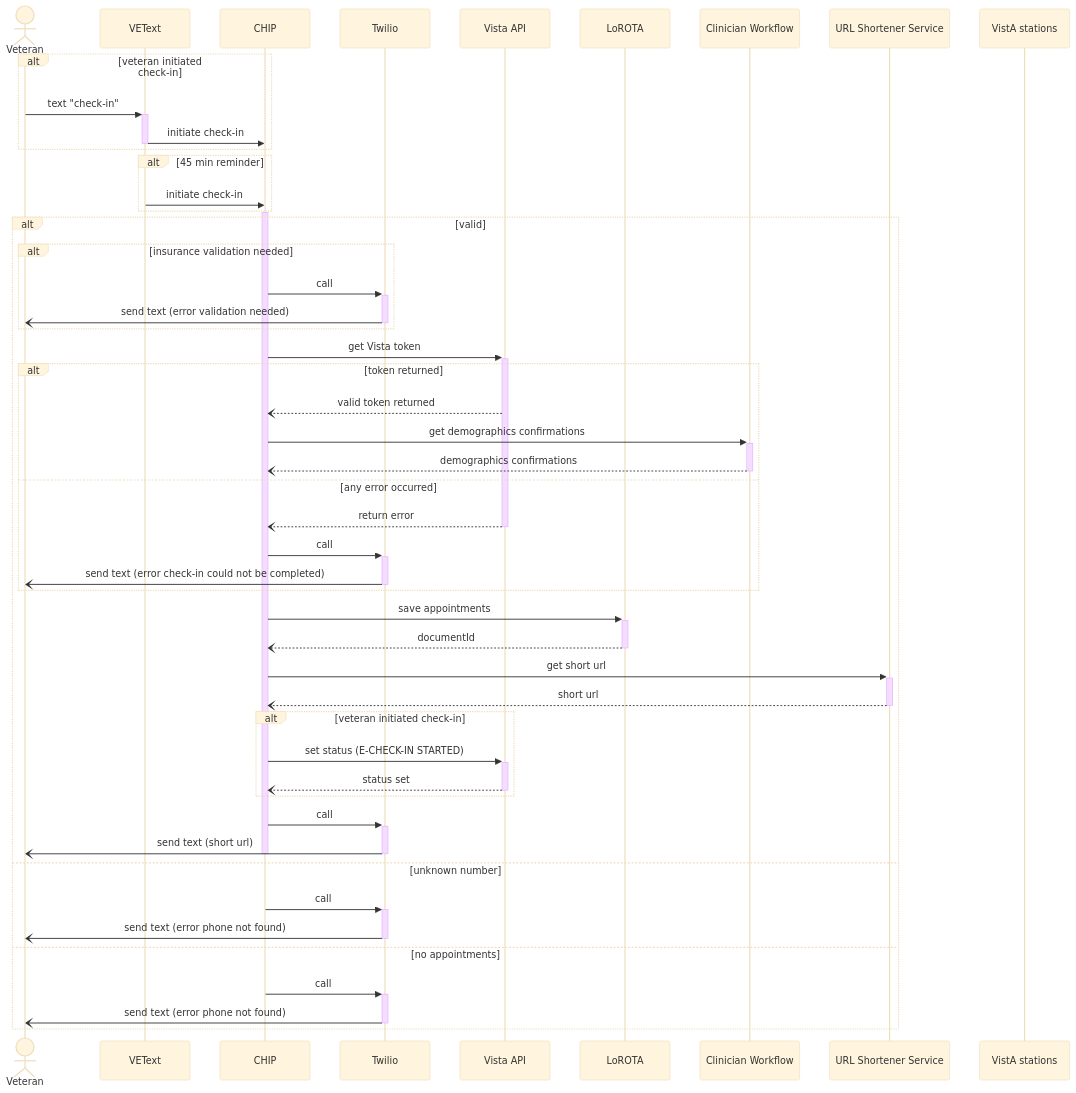
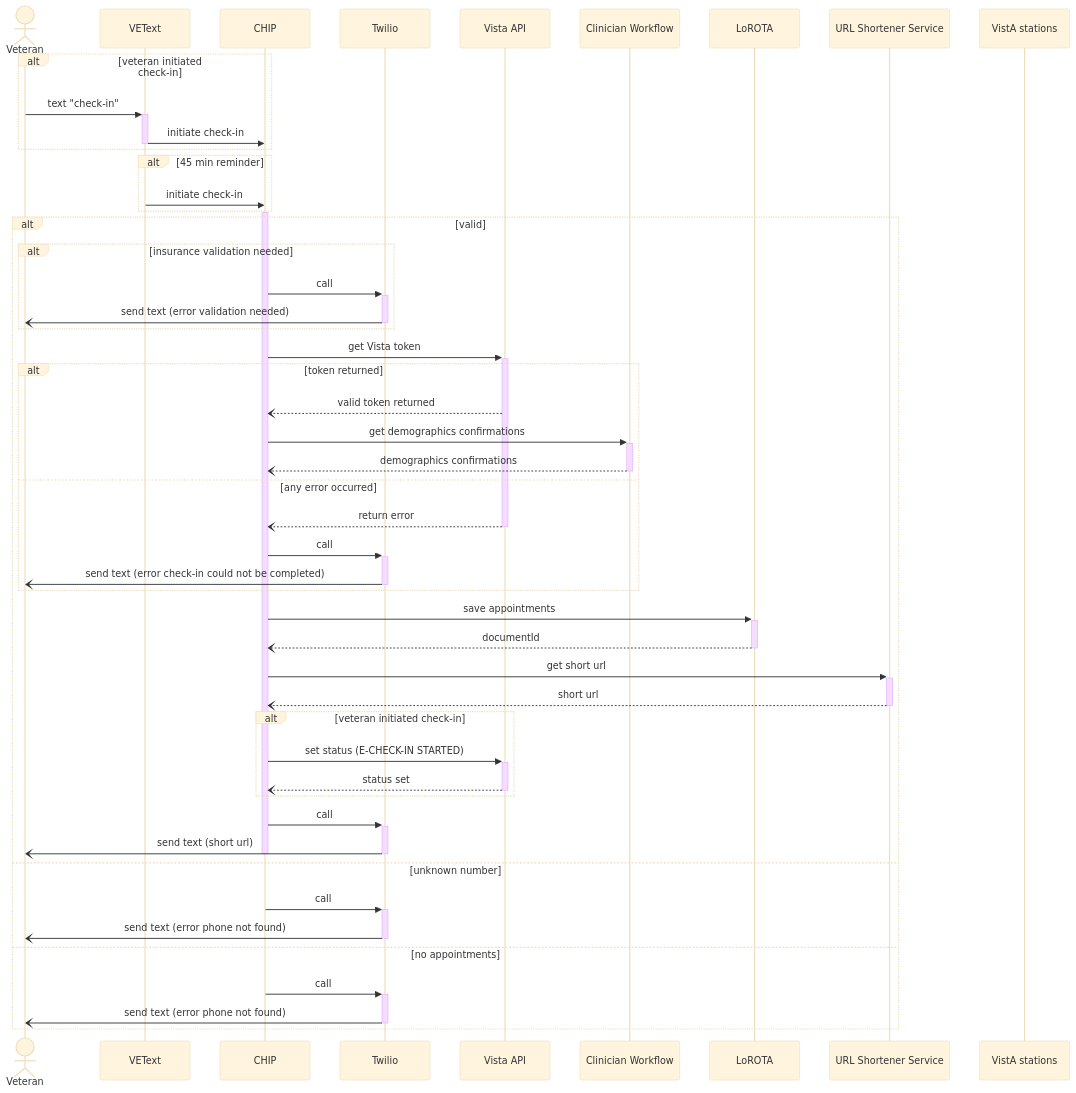
Before and after one commit to department-of-veterans-affairs/va.gov-team: the first of 4 diagrams in products/health-care/checkin/engineering/architecture-diagrams/sequenceDiagram_checkInExp.md, drawn with Mermaid (base theme). The commit also changed other lines of this file, not shown here.

````diff
--- a/products/health-care/checkin/engineering/architecture-diagrams/sequenceDiagram_checkInExp.md
+++ b/products/health-care/checkin/engineering/architecture-diagrams/sequenceDiagram_checkInExp.md
@@ -10,54 +10,54 @@
 ```mermaid
 sequenceDiagram
     actor vet as Veteran
     participant vt as VEText
     participant c as CHIP
     participant t as Twilio
     participant va as Vista API
+    participant cw as Clinician Workflow
     participant l as LoROTA
-    participant cw as Clinician Workflow
     participant url as URL Shortener Service
     participant vas as VistA stations
 
     alt veteran initiated check-in
     vet->>+vt: text "check-in"
     vt->>-c: initiate check-in
     end
     alt 45 min reminder
     vt->>c: initiate check-in
     end
     activate c
     alt valid
       alt insurance validation needed
         c->>+t: call
         t-)-vet: send text (error validation needed)
       end
       c->>+va: get Vista token
       alt token returned
         va--)c: valid token returned
         c->>+cw: get demographics confirmations
         cw--)-c: demographics confirmations
       else any error occurred
         va--)-c: return error
         c->>+t: call
         t-)-vet: send text (error check-in could not be completed)
       end
       c->>+l: save appointments
       l--)-c: documentId
       c->>+url: get short url
       url--)-c: short url
       alt veteran initiated check-in
         c->>+va: set status (E-CHECK-IN STARTED)
         va--)-c: status set
       end
       c->>+t: call
       t-)-vet: send text (short url)
       deactivate c
     else unknown number
       c->>+t: call
       t-)-vet: send text (error phone not found)
     else no appointments
       c->>+t: call
       t-)-vet: send text (error phone not found)
     end
 ```
````
